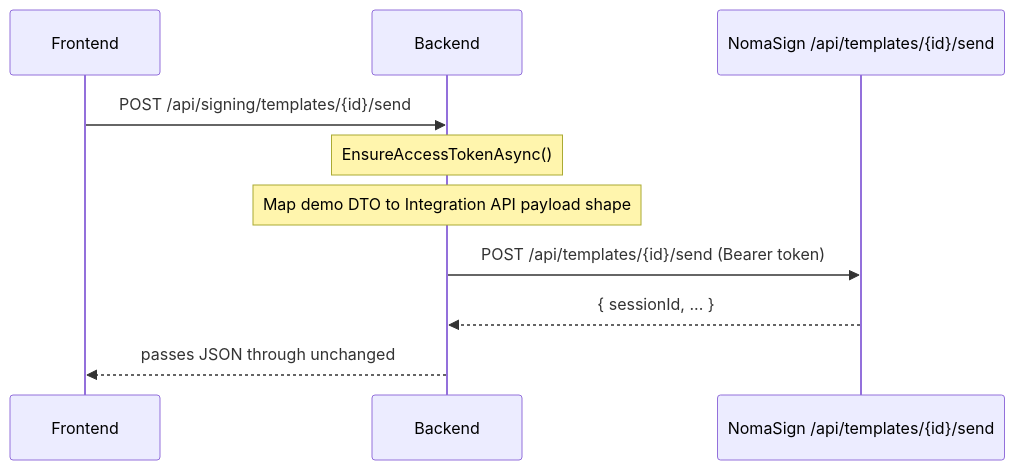
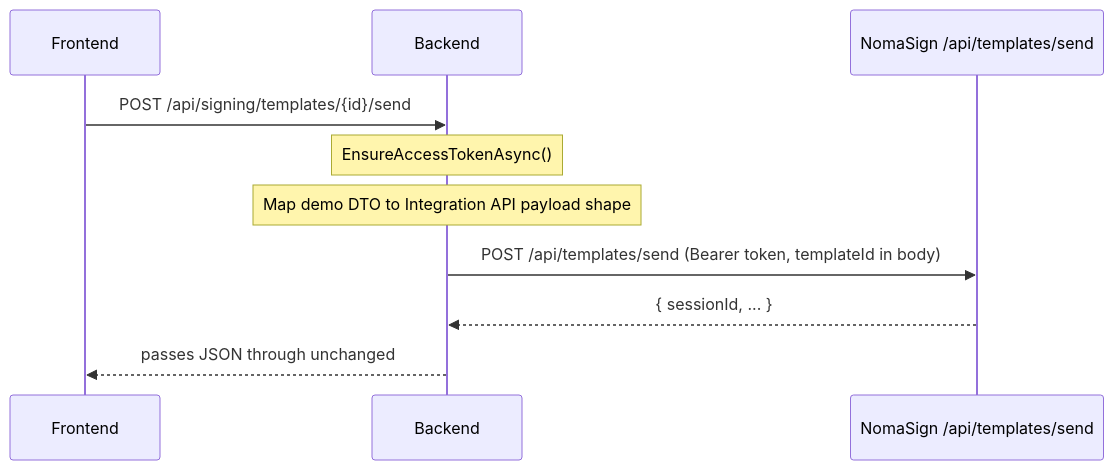
The second of 2 diagrams in docs/templates/index.md (Nomasign/IntegrationExamples), drawn with Mermaid before and after one commit. The commit also changed other lines of this file and 5 other files, not shown here.

First line of the commit message:
docs: update integration examples for POST /api/templates/send

````diff
--- a/docs/templates/index.md
+++ b/docs/templates/index.md
@@ -99,13 +123,13 @@
 ```mermaid
 sequenceDiagram
     participant UI as Frontend
     participant BE as Backend
-    participant API as NomaSign /api/templates/{id}/send
+    participant API as NomaSign /api/templates/send
 
     UI->>BE: POST /api/signing/templates/{id}/send
     Note over BE: EnsureAccessTokenAsync()
     Note over BE: Map demo DTO to Integration API payload shape
-    BE->>API: POST /api/templates/{id}/send (Bearer token)
+    BE->>API: POST /api/templates/send (Bearer token, templateId in body)
     API-->>BE: { sessionId, ... }
     BE-->>UI: passes JSON through unchanged
 ```
````
